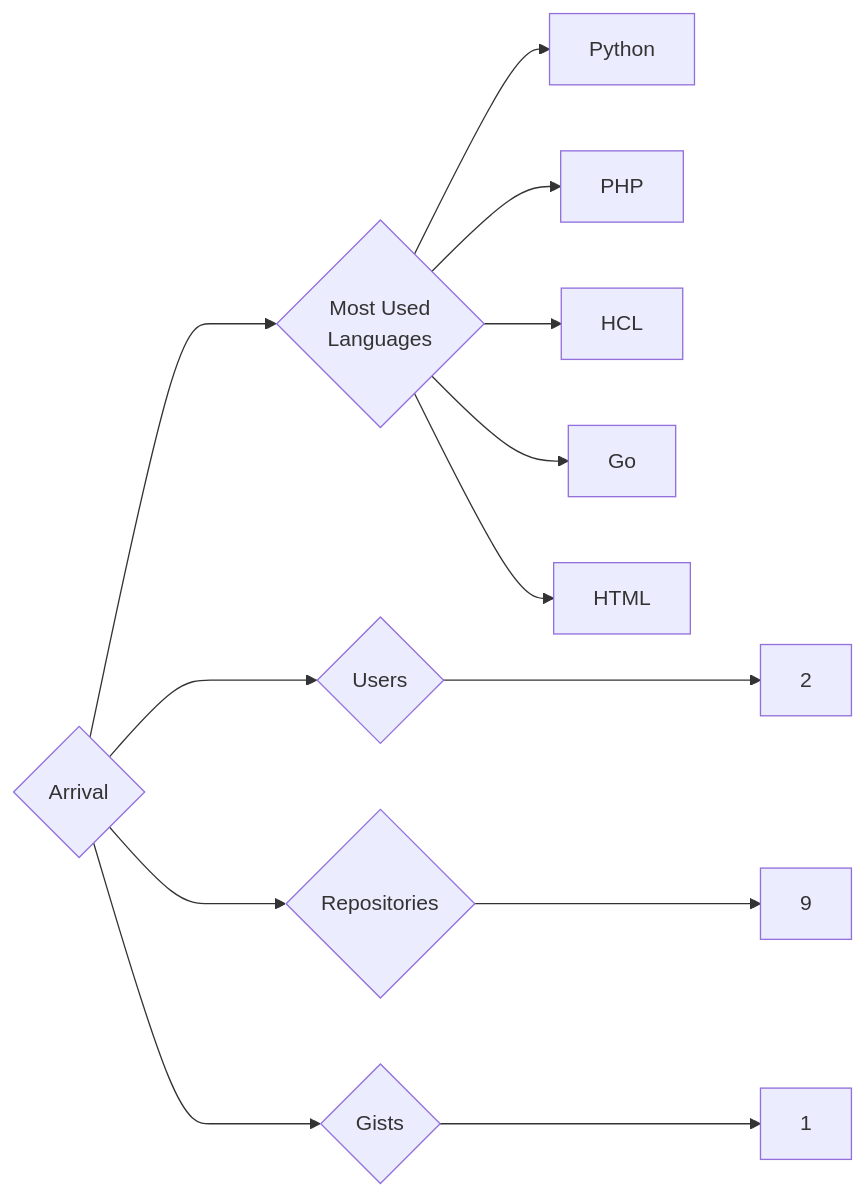
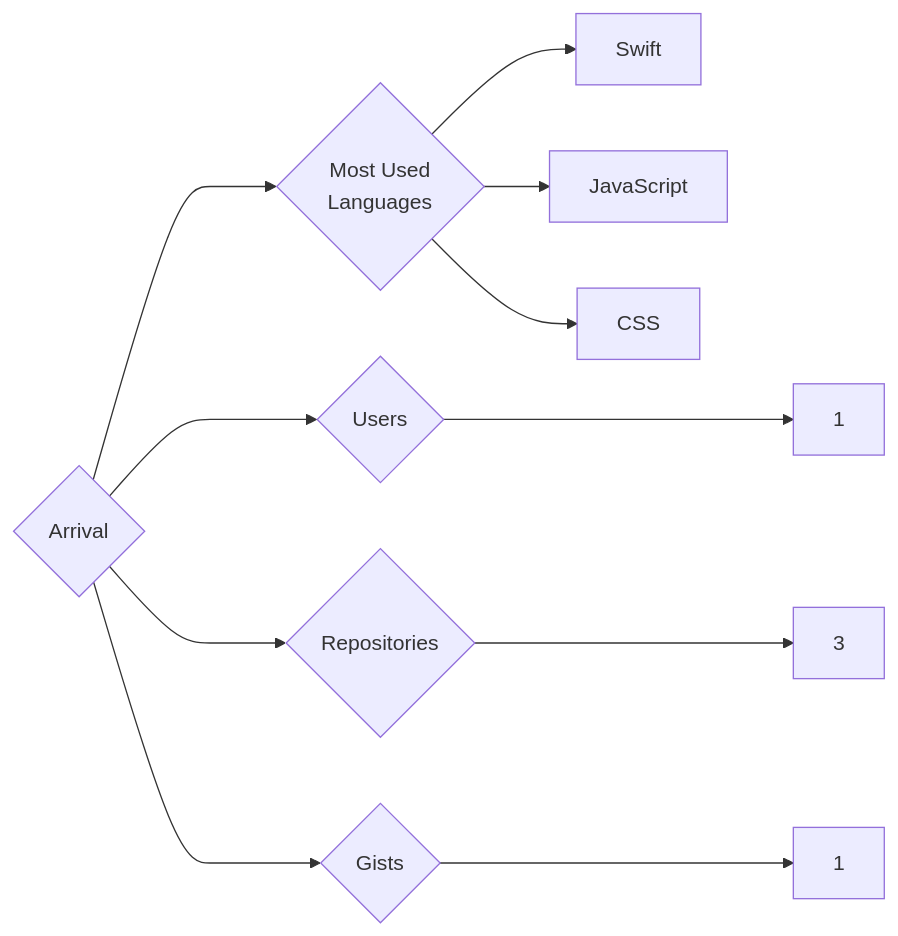
The diagram in targets/Arrival/README.md (trickest/insiders), drawn with Mermaid before and after one commit. The commit also changed 976 other files, not shown here.

````diff
--- a/targets/Arrival/README.md
+++ b/targets/Arrival/README.md
@@ -3,13 +3,11 @@
 ```mermaid
 graph LR
 COMPANY_NAME{Arrival}
-COMPANY_NAME ---> U{Users} ---> UN[2]
-COMPANY_NAME ---> R{Repositories} ---> RN[9]
+COMPANY_NAME ---> U{Users} ---> UN[1]
+COMPANY_NAME ---> R{Repositories} ---> RN[3]
 COMPANY_NAME ---> G{Gists} ---> GN[1]
 COMPANY_NAME ---> ML{Most Used<br>Languages}
-ML --> Python[Python]
-ML --> PHP[PHP]
-ML --> HCL[HCL]
-ML --> Go[Go]
-ML --> HTML[HTML]
+ML --> Swift[Swift]
+ML --> JavaScript[JavaScript]
+ML --> CSS[CSS]
 ```
````
